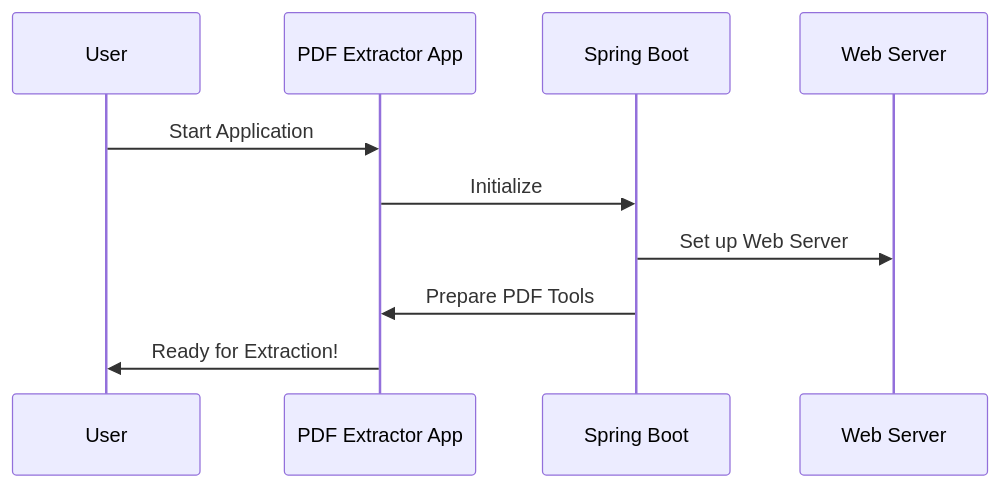
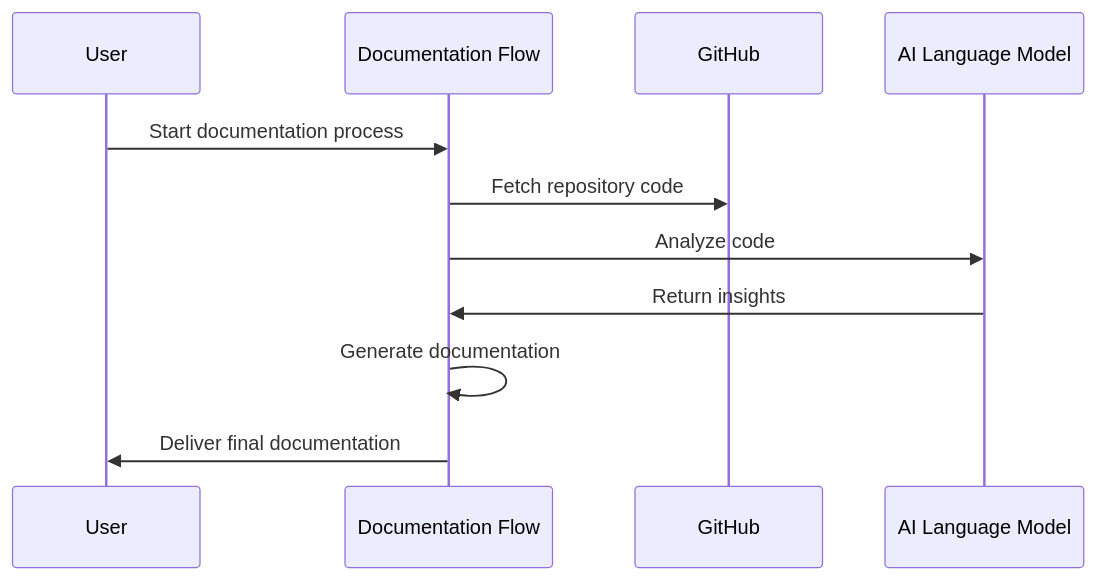
Before and after one commit to dygavieta/NewRepo: the second of 9 diagrams in README.md, drawn with Mermaid. The commit also changed other lines of this file, not shown here.

````diff
--- a/README.md
+++ b/README.md
@@ -92,12 +106,13 @@
 ```mermaid
 sequenceDiagram
     participant User
-    participant App as PDF Extractor App
-    participant Spring as Spring Boot
-    participant Server as Web Server
-    User->>App: Start Application
-    App->>Spring: Initialize
-    Spring->>Server: Set up Web Server
-    Spring->>App: Prepare PDF Tools
-    App->>User: Ready for Extraction!
+    participant DF as Documentation Flow
+    participant GH as GitHub
+    participant LLM as AI Language Model
+    User->>DF: Start documentation process
+    DF->>GH: Fetch repository code
+    DF->>LLM: Analyze code
+    LLM->>DF: Return insights
+    DF->>DF: Generate documentation
+    DF->>User: Deliver final documentation
 ```
````
